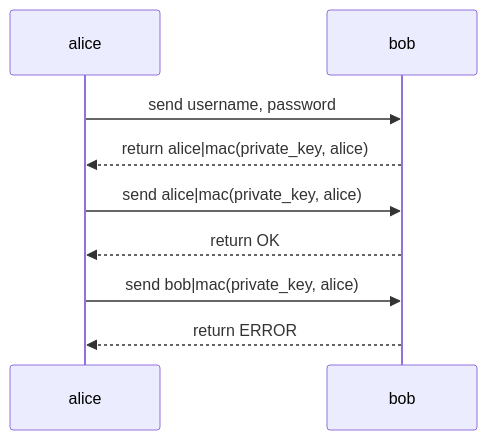
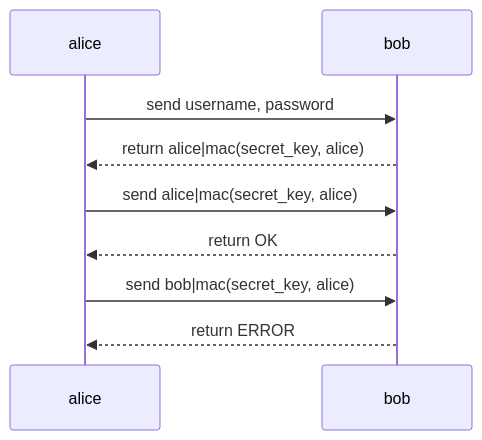
The second of 2 diagrams in posts/2023-08-23-real-world-crypto.md (haunt98/posts-go), drawn with Mermaid before and after one commit. The commit also changed other lines of this file and 1 other file, not shown here.

````diff
--- a/posts/2023-08-23-real-world-crypto.md
+++ b/posts/2023-08-23-real-world-crypto.md
@@ -20,12 +55,12 @@
 ```mermaid
 sequenceDiagram
     participant alice
     participant bob
 
     alice ->> bob: send username, password
-    bob -->> alice: return alice|mac(private_key, alice)
-    alice ->> bob: send alice|mac(private_key, alice)
+    bob -->> alice: return alice|mac(secret_key, alice)
+    alice ->> bob: send alice|mac(secret_key, alice)
     bob -->> alice: return OK
-    alice ->> bob: send bob|mac(private_key, alice)
+    alice ->> bob: send bob|mac(secret_key, alice)
     bob -->> alice: return ERROR
 ```
````
